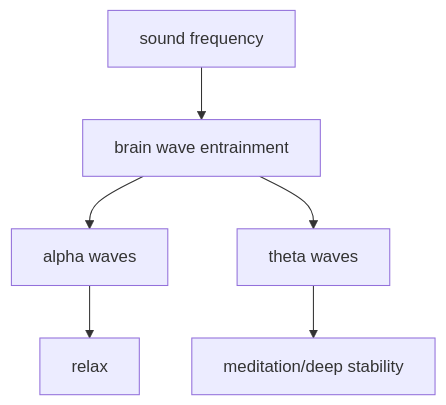
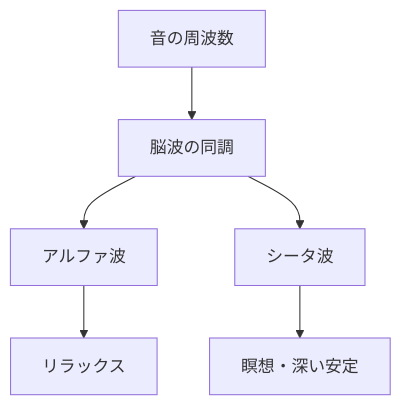
The third of 6 diagrams in en/_posts/2026-04-11-column-healing-music-history.md (monumental-movement/monumental-movement.github.io), drawn with Mermaid before and after one commit. The commit also changed other lines of this file and 2196 other files, not shown here.

```diff
--- a/en/_posts/2026-04-11-column-healing-music-history.md
+++ b/en/_posts/2026-04-11-column-healing-music-history.md
@@ -176,8 +176,8 @@
 <div class="mermaid">
 graph TD
-A[sound frequency] --> B[brain wave entrainment]
-B --> C[alpha waves]
-B --> D[theta waves]
-C --> E[relax]
-D --> F[meditation/deep stability]
+A[音の周波数] --> B[脳波の同調]
+B --> C[アルファ波]
+B --> D[シータ波]
+C --> E[リラックス]
+D --> F[瞑想・深い安定]
 </div>
```
